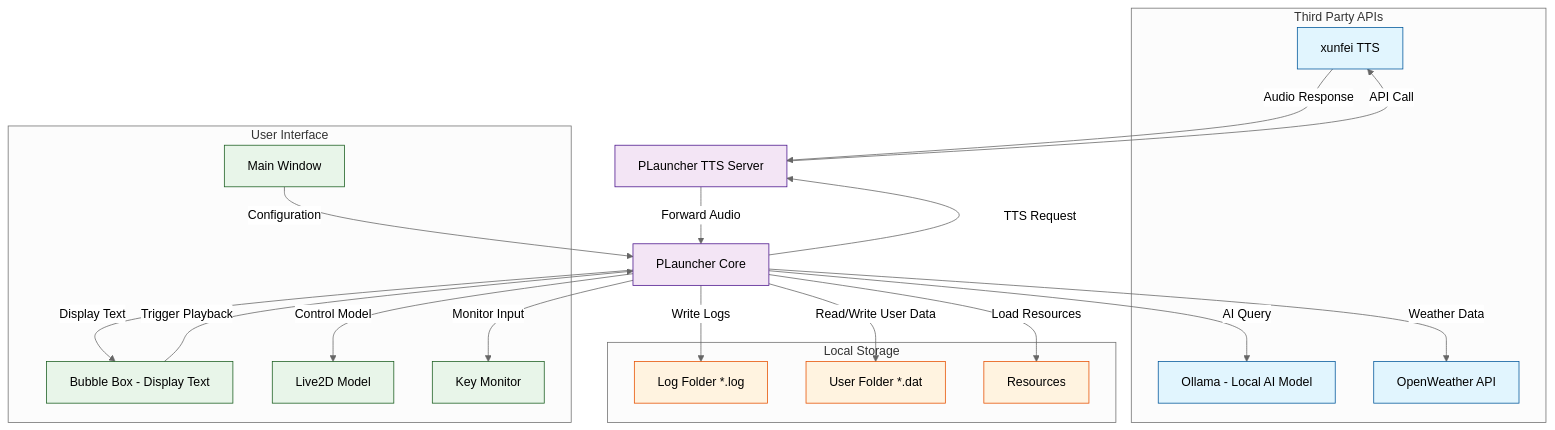
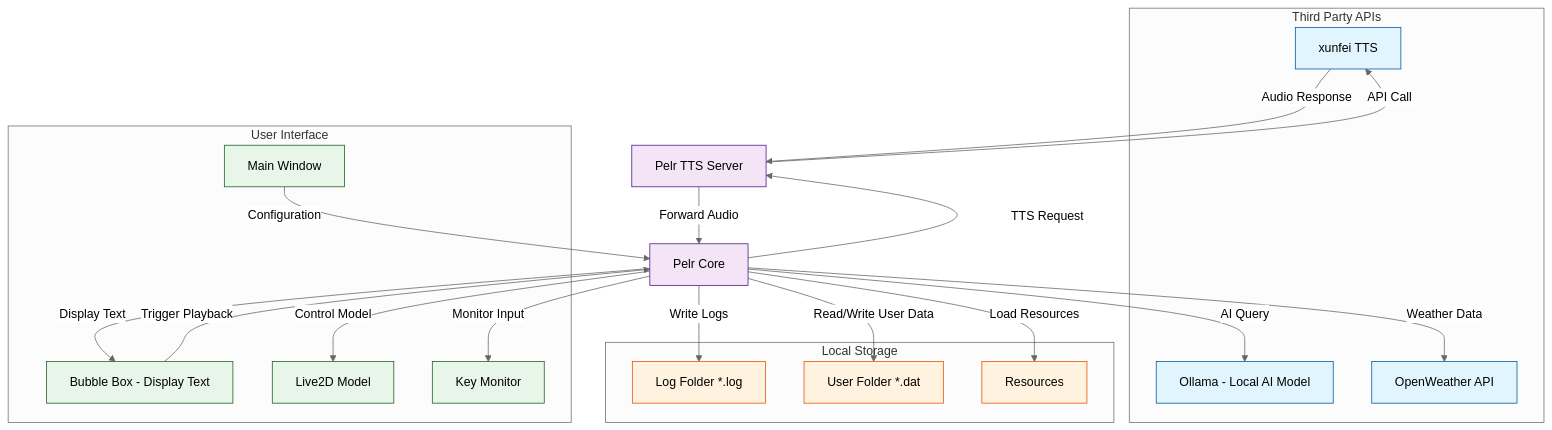
Before and after one commit to csy214-beep/Pelr: the diagram in docs/Home.md, drawn with Mermaid (neutral theme). The commit also changed other lines of this file and 92 other files, not shown here.

Commit message:
refactor: rename project Plauncher to Pelr

````diff
--- a/docs/Home.md
+++ b/docs/Home.md
@@ -5,58 +5,58 @@
 ```mermaid
 graph TD
     subgraph "Third Party APIs"
         xunfeiTTS[xunfei TTS]
         Ollama[Ollama - Local AI Model]
         OpenWeather[OpenWeather API]
     end
 
     subgraph "Local Storage"
         logFolder[Log Folder *.log]
         userFolder[User Folder *.dat]
         resources[Resources]
     end
 
-    PLauncherTTS[PLauncher TTS Server]
-    PLauncher[PLauncher Core]
+    PelrTTS[Pelr TTS Server]
+    Pelr[Pelr Core]
 
     subgraph "User Interface"
         bubbleBox[Bubble Box - Display Text]
         Live2D[Live2D Model]
         keyLabel[Key Monitor]
         window[Main Window]
     end
 
     %% TTS API connections
-    PLauncher -->|TTS Request| PLauncherTTS
-    PLauncherTTS -->|API Call| xunfeiTTS
-    xunfeiTTS -->|Audio Response| PLauncherTTS
-    PLauncherTTS -->|Forward Audio| PLauncher
+    Pelr -->|TTS Request| PelrTTS
+    PelrTTS -->|API Call| xunfeiTTS
+    xunfeiTTS -->|Audio Response| PelrTTS
+    PelrTTS -->|Forward Audio| Pelr
 
     %% External API connections
-    PLauncher -->|AI Query| Ollama
-    PLauncher -->|Weather Data| OpenWeather
+    Pelr -->|AI Query| Ollama
+    Pelr -->|Weather Data| OpenWeather
 
     %% Local storage connections
-    PLauncher -->|Write Logs| logFolder
-    PLauncher -->|Read/Write User Data| userFolder
-    PLauncher -->|Load Resources| resources
+    Pelr -->|Write Logs| logFolder
+    Pelr -->|Read/Write User Data| userFolder
+    Pelr -->|Load Resources| resources
 
     %% UI connections
-    PLauncher -->|Display Text| bubbleBox
-    PLauncher -->|Monitor Input| keyLabel
-    window -->|Configuration| PLauncher 
-    PLauncher -->|Control Model| Live2D
+    Pelr -->|Display Text| bubbleBox
+    Pelr -->|Monitor Input| keyLabel
+    window -->|Configuration| Pelr
+    Pelr -->|Control Model| Live2D
 
-    bubbleBox -->|Trigger Playback| PLauncher
+    bubbleBox -->|Trigger Playback| Pelr
 
     %% Styling
     classDef api fill:#e1f5fe,stroke:#01579b;
     classDef storage fill:#fff3e0,stroke:#e65100;
     classDef core fill:#f3e5f5,stroke:#4a148c;
     classDef ui fill:#e8f5e9,stroke:#1b5e20;
-    
+
     class xunfeiTTS,Ollama,OpenWeather api;
     class logFolder,userFolder,resources storage;
-    class PLauncherTTS,PLauncher core;
+    class PelrTTS,Pelr core;
     class bubbleBox,Live2D,keyLabel,window ui;
 ```
````
